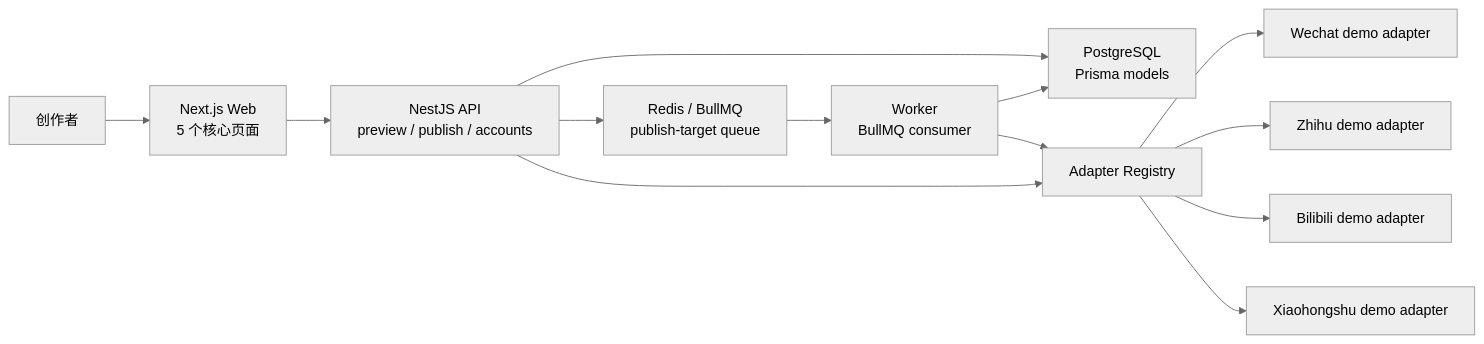
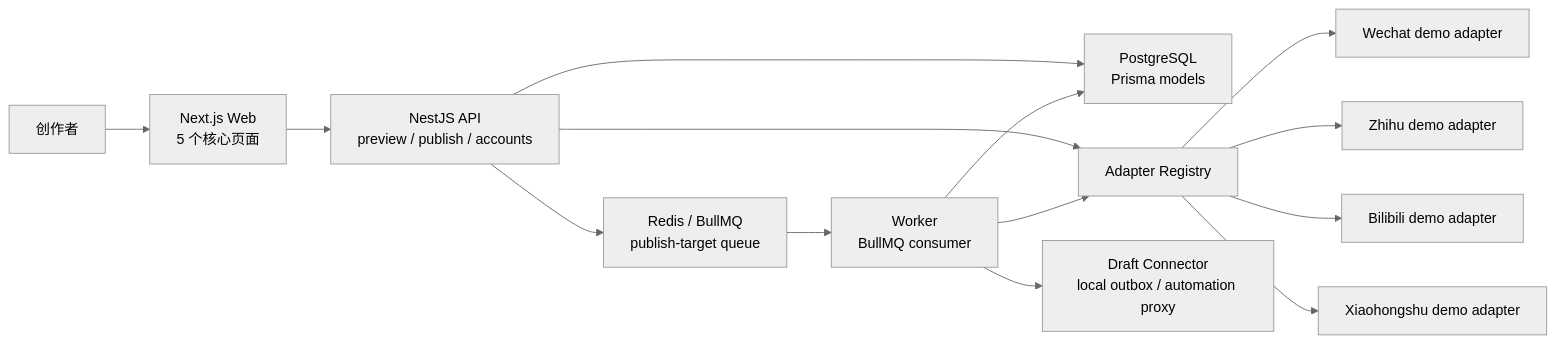
One commit to qi030913-lab/MP-Publishing changed the second of 2 diagrams in docs/architecture.md. Above: the diagram before and after it, drawn with Mermaid (neutral theme). The commit also changed other lines of this file and 7 other files, not shown here.

Commit message:
feat(connector): add local draft outbox service

````diff
--- a/docs/architecture.md
+++ b/docs/architecture.md
@@ -166,15 +167,16 @@
 ```mermaid
 flowchart LR
     U["创作者"] --> WEB["Next.js Web<br/>5 个核心页面"]
     WEB --> API["NestJS API<br/>preview / publish / accounts"]
     API --> DB["PostgreSQL<br/>Prisma models"]
     API --> Q["Redis / BullMQ<br/>publish-target queue"]
     API --> REG["Adapter Registry"]
     REG --> WX["Wechat demo adapter"]
     REG --> ZH["Zhihu demo adapter"]
     REG --> BL["Bilibili demo adapter"]
     REG --> XHS["Xiaohongshu demo adapter"]
     Q --> WK["Worker<br/>BullMQ consumer"]
     WK --> DB
     WK --> REG
+    WK --> DC["Draft Connector<br/>local outbox / automation proxy"]
 ```
````
